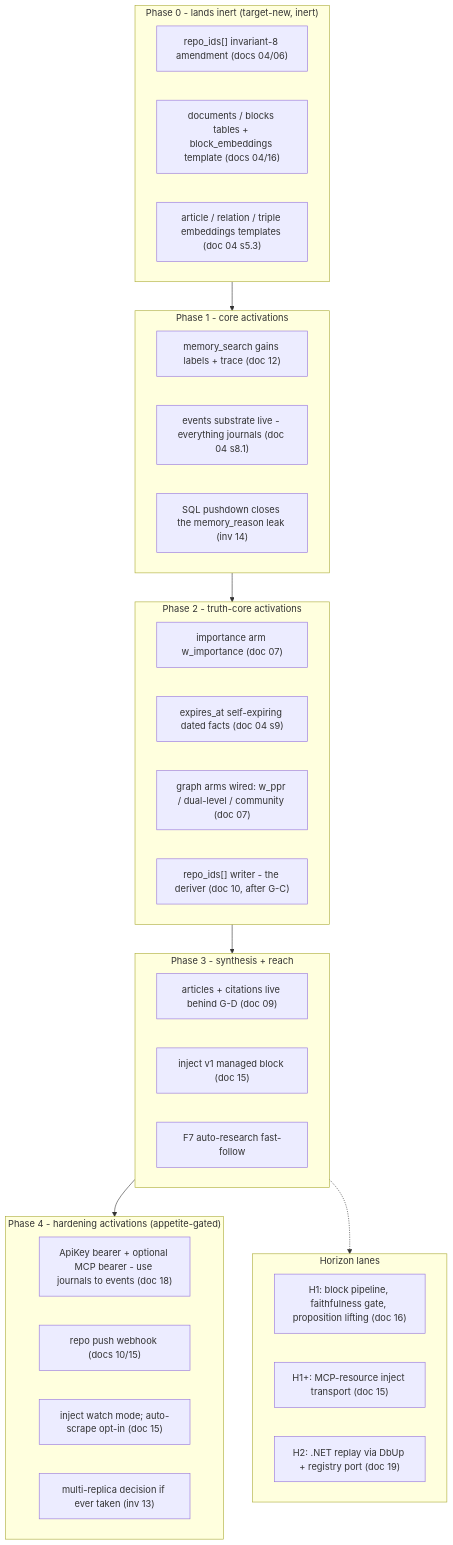
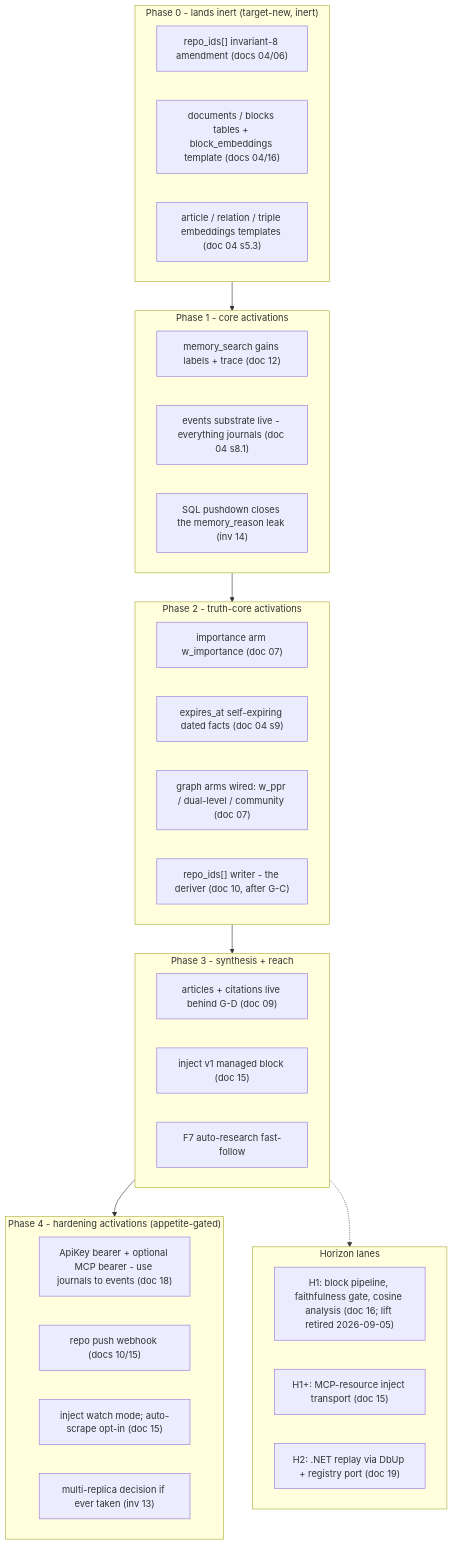
Before and after one commit to darkraise/darkmem: the fourth of 5 diagrams in docs/design/20-roadmap-and-sequencing.md, drawn with Mermaid. The commit also changed other lines of this file and 6 other files, not shown here.

````diff
--- a/docs/design/20-roadmap-and-sequencing.md
+++ b/docs/design/20-roadmap-and-sequencing.md
@@ -165,37 +167,37 @@
 ```mermaid
 flowchart TB
     subgraph PH0["Phase 0 - lands inert (target-new, inert)"]
         A1["repo_ids[] invariant-8 amendment (docs 04/06)"]
         A2["documents / blocks tables + block_embeddings template (docs 04/16)"]
         A3["article / relation / triple embeddings templates (doc 04 s5.3)"]
     end
     subgraph PH1["Phase 1 - core activations"]
         B1["memory_search gains labels + trace (doc 12)"]
         B2["events substrate live - everything journals (doc 04 s8.1)"]
         B3["SQL pushdown closes the memory_reason leak (inv 14)"]
     end
     subgraph PH2["Phase 2 - truth-core activations"]
         C1["importance arm w_importance (doc 07)"]
         C2["expires_at self-expiring dated facts (doc 04 s9)"]
         C3["graph arms wired: w_ppr / dual-level / community (doc 07)"]
         C4["repo_ids[] writer - the deriver (doc 10, after G-C)"]
     end
     subgraph PH3["Phase 3 - synthesis + reach"]
         D1["articles + citations live behind G-D (doc 09)"]
         D2["inject v1 managed block (doc 15)"]
         D3["F7 auto-research fast-follow"]
     end
     subgraph PH4["Phase 4 - hardening activations (appetite-gated)"]
         E1["ApiKey bearer + optional MCP bearer - use journals to events (doc 18)"]
         E2["repo push webhook (docs 10/15)"]
         E3["inject watch mode; auto-scrape opt-in (doc 15)"]
         E4["multi-replica decision if ever taken (inv 13)"]
     end
     subgraph HZ["Horizon lanes"]
-        F1H["H1: block pipeline, faithfulness gate, proposition lifting (doc 16)"]
+        F1H["H1: block pipeline, faithfulness gate, cosine analysis (doc 16; lift retired 2026-09-05)"]
         F2H["H1+: MCP-resource inject transport (doc 15)"]
         F3H["H2: .NET replay via DbUp + registry port (doc 19)"]
     end
     PH0 --> PH1 --> PH2 --> PH3 --> PH4
     PH3 -.-> HZ
 ```
````
